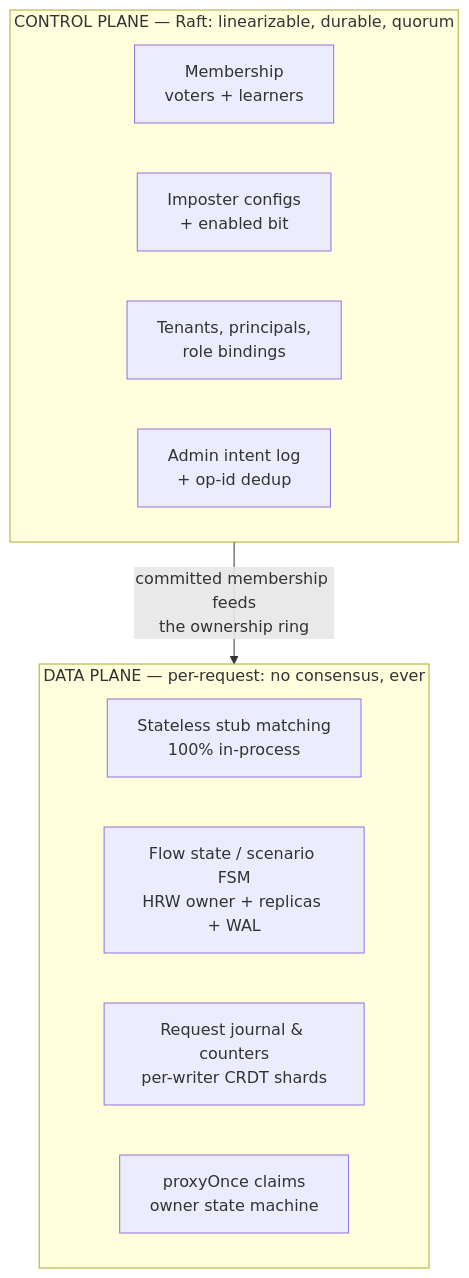
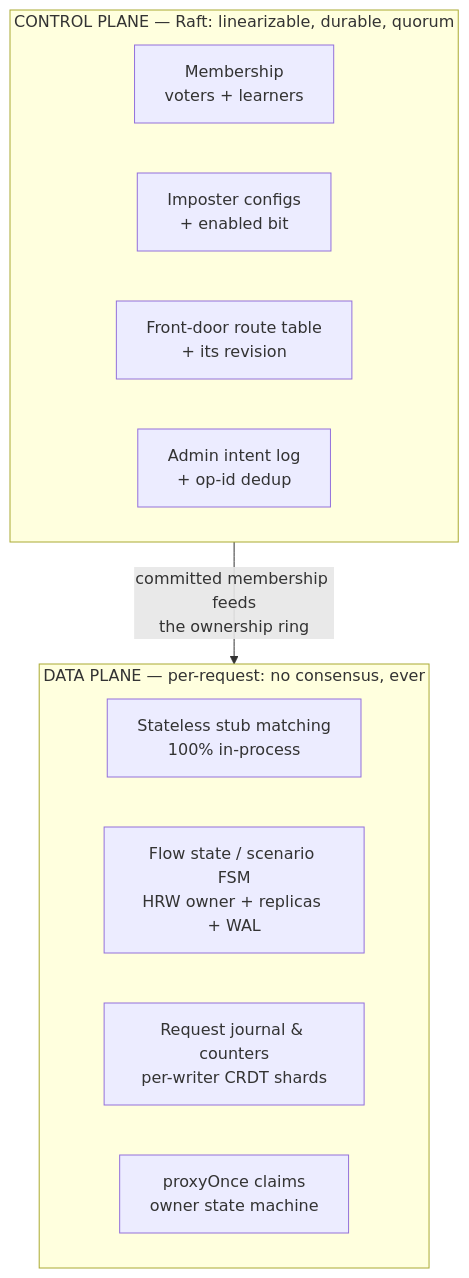
Before and after one commit to achird-labs/rift-cluster: the first of 2 diagrams in docs/architecture/01-overview.md, drawn with Mermaid. The commit also changed 167 other files, not shown here.

````diff
--- a/docs/architecture/01-overview.md
+++ b/docs/architecture/01-overview.md
@@ -78,20 +78,20 @@
 ```mermaid
 flowchart TB
     subgraph CP["CONTROL PLANE — Raft: linearizable, durable, quorum"]
         direction LR
         M[Membership<br/>voters + learners]
         C[Imposter configs<br/>+ enabled bit]
-        T[Tenants, principals,<br/>role bindings]
+        T[Front-door route table<br/>+ its revision]
         I[Admin intent log<br/>+ op-id dedup]
     end
 
     subgraph DP["DATA PLANE — per-request: no consensus, ever"]
         direction LR
         S[Stateless stub matching<br/>100% in-process]
         F[Flow state / scenario FSM<br/>HRW owner + replicas + WAL]
         J[Request journal & counters<br/>per-writer CRDT shards]
         P[proxyOnce claims<br/>owner state machine]
     end
 
     CP -- "committed membership feeds<br/>the ownership ring" --> DP
 ```
````
